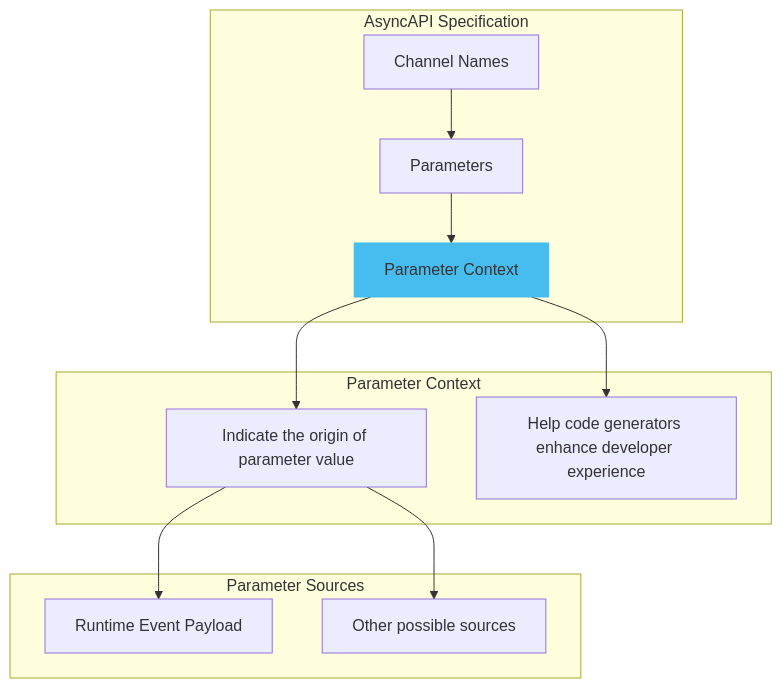
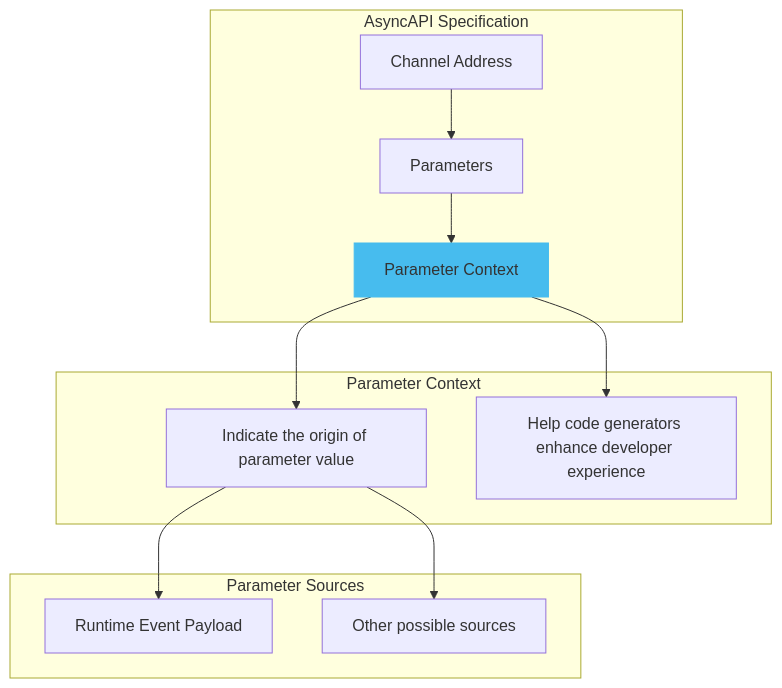
One commit to asyncapi/website changed the second of 2 diagrams in pages/docs/concepts/asyncapi-document/dynamic-channel-names.md. Above: the diagram before and after it, drawn with Mermaid. The commit also changed other lines of this file, not shown here.

````diff
--- a/pages/docs/concepts/asyncapi-document/dynamic-channel-names.md
+++ b/pages/docs/concepts/asyncapi-document/dynamic-channel-names.md
@@ -30,19 +28,19 @@
 ```mermaid
 flowchart TB
     subgraph "AsyncAPI Specification"
-        A[Channel Names] --> B[Parameters]
+        A[Channel Address] --> B[Parameters]
         B --> C[Parameter Context]
 
         style C fill:#47BCEE,stroke:#47BCEE;
 
     end
     subgraph "Parameter Context"
         C --> D[Indicate the origin of parameter value]
         C --> E[Help code generators enhance developer experience]
     end
     subgraph "Parameter Sources"
         D --> F[Runtime Event Payload]
         D --> G[Other possible sources]
     end
 
 ```
````
